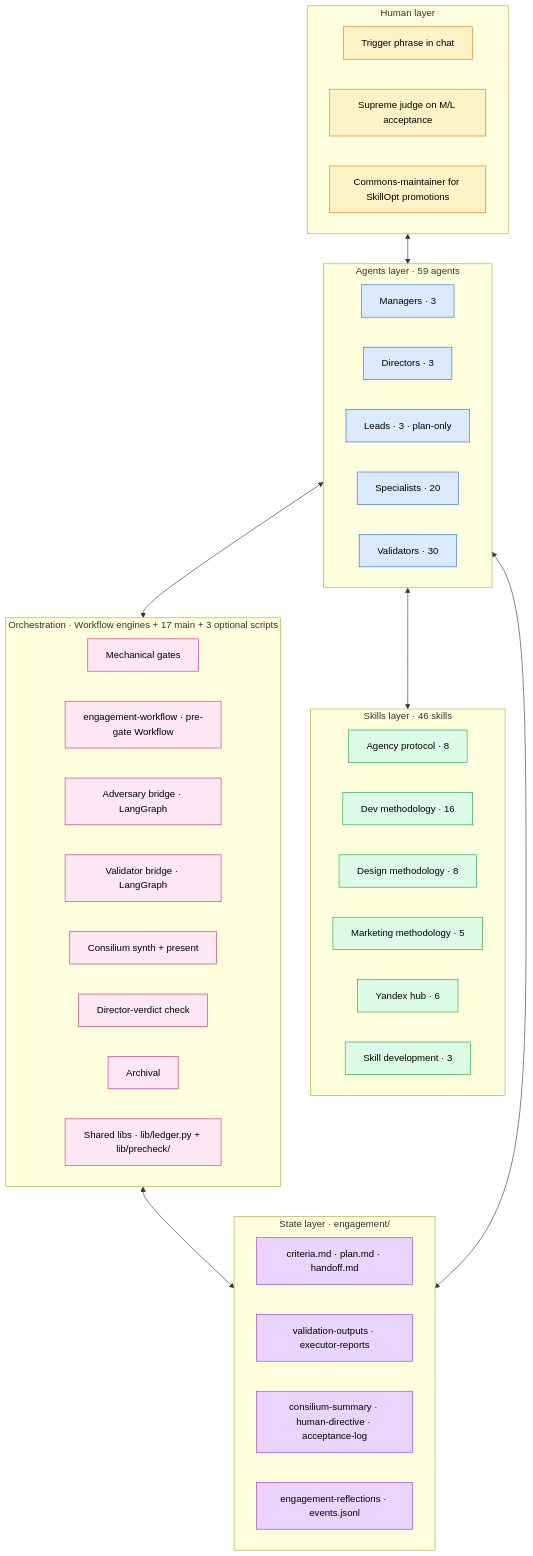
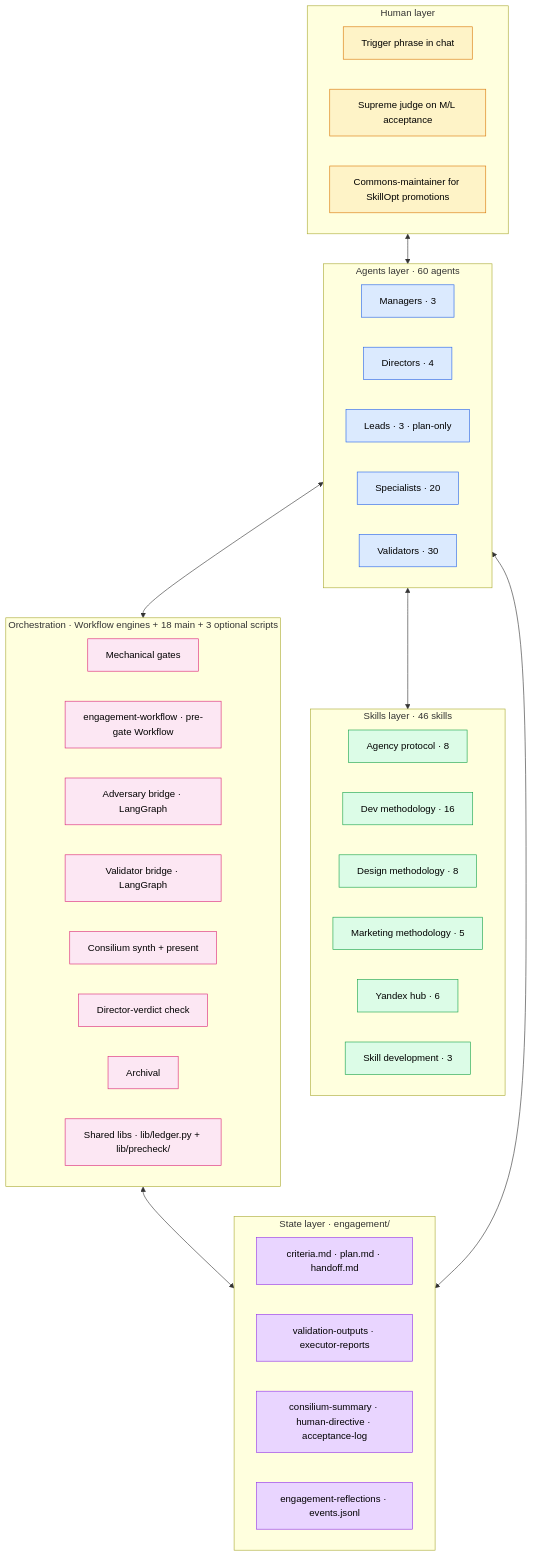
One commit to AgentShekel/agentic-workflow changed the first of 6 diagrams in ARCHITECTURE.md. Above: the diagram before and after it, drawn with Mermaid. The commit also changed other lines of this file and 18 other files, not shown here.

````diff
--- a/ARCHITECTURE.md
+++ b/ARCHITECTURE.md
@@ -106,61 +106,61 @@
 ```mermaid
 flowchart TB
     subgraph Human ["Human layer"]
         H1[Trigger phrase in chat]
         H2[Supreme judge on M/L acceptance]
         H3[Commons-maintainer for SkillOpt promotions]
     end
 
-    subgraph Agents ["Agents layer · 59 agents"]
+    subgraph Agents ["Agents layer · 60 agents"]
         AM[Managers · 3]
-        AD[Directors · 3]
+        AD[Directors · 4]
         AL[Leads · 3 · plan-only]
         AS[Specialists · 20]
         AV[Validators · 30]
     end
 
     subgraph Skills ["Skills layer · 46 skills"]
         SK1[Agency protocol · 8]
         SK2[Dev methodology · 16]
         SK3[Design methodology · 8]
         SK4[Marketing methodology · 5]
         SK5[Yandex hub · 6]
         SK6[Skill development · 3]
     end
 
-    subgraph Orch ["Orchestration · Workflow engines + 17 main + 3 optional scripts"]
+    subgraph Orch ["Orchestration · Workflow engines + 18 main + 3 optional scripts"]
         O1[Mechanical gates]
         O2[engagement-workflow · pre-gate Workflow]
         O3[Adversary bridge · LangGraph]
         O4[Validator bridge · LangGraph]
         O5[Consilium synth + present]
         O6[Director-verdict check]
         O7[Archival]
         O8[Shared libs · lib/ledger.py + lib/precheck/]
     end
 
     subgraph State ["State layer · engagement/"]
         ST1[criteria.md · plan.md · handoff.md]
         ST2[validation-outputs · executor-reports]
         ST3[consilium-summary · human-directive · acceptance-log]
         ST4[engagement-reflections · events.jsonl]
     end
 
     Human <--> Agents
     Agents <--> Skills
     Agents <--> Orch
     Orch <--> State
     Agents <--> State
 
     classDef human fill:#fef3c7,stroke:#d97706,color:#000
     classDef agents fill:#dbeafe,stroke:#2563eb,color:#000
     classDef skills fill:#dcfce7,stroke:#16a34a,color:#000
     classDef orch fill:#fce7f3,stroke:#db2777,color:#000
     classDef state fill:#e9d5ff,stroke:#9333ea,color:#000
 
     class H1,H2,H3 human
     class AM,AD,AL,AS,AV agents
     class SK1,SK2,SK3,SK4,SK5,SK6 skills
     class O1,O2,O3,O4,O5,O6,O7,O8 orch
     class ST1,ST2,ST3,ST4 state
 ```
````
